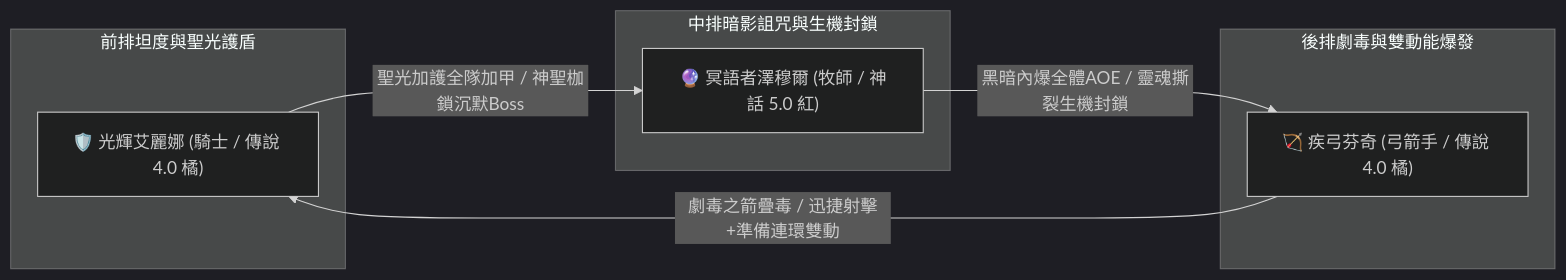
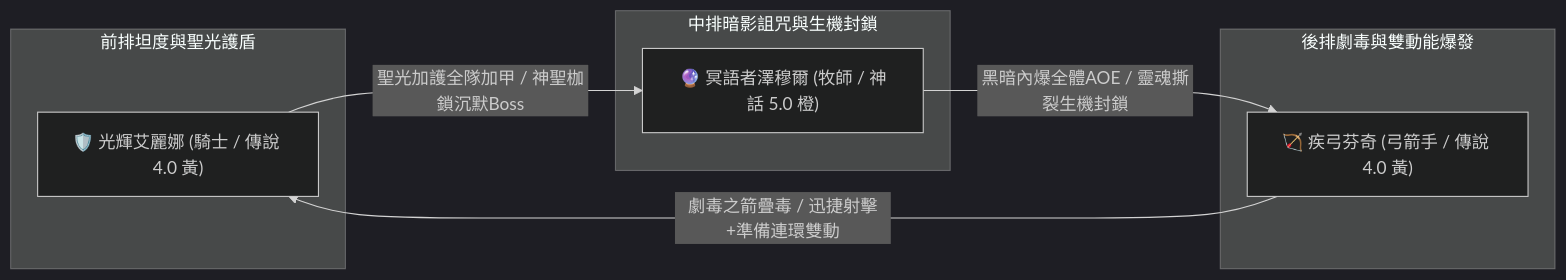
The first of 8 diagrams in meta_data/Game_docs/My_progress/我目前的資訊.md (alu98753/Blackfire-CV-Autopilot), drawn with Mermaid (dark theme) before and after one commit. The commit also changed other lines of this file and 18 other files, not shown here.

````diff
--- a/meta_data/Game_docs/My_progress/我目前的資訊.md
+++ b/meta_data/Game_docs/My_progress/我目前的資訊.md
@@ -22,16 +22,16 @@
 ```mermaid
 graph LR
     subgraph 前排坦度與聖光護盾
-        A["🛡️ 光輝艾麗娜 (騎士 / 傳說 4.0 橘)"]
+        A["🛡️ 光輝艾麗娜 (騎士 / 傳說 4.0 黃)"]
     end
     subgraph 中排暗影詛咒與生機封鎖
-        B["🔮 冥語者澤穆爾 (牧師 / 神話 5.0 紅)"]
+        B["🔮 冥語者澤穆爾 (牧師 / 神話 5.0 橙)"]
     end
     subgraph 後排劇毒與雙動能爆發
-        C["🏹 疾弓芬奇 (弓箭手 / 傳說 4.0 橘)"]
+        C["🏹 疾弓芬奇 (弓箭手 / 傳說 4.0 黃)"]
     end
 
     A -->|聖光加護全隊加甲 / 神聖枷鎖沉默Boss| B
     B -->|黑暗內爆全體AOE / 靈魂撕裂生機封鎖| C
     C -->|劇毒之箭疊毒 / 迅捷射擊+準備連環雙動| A
 ```
````
